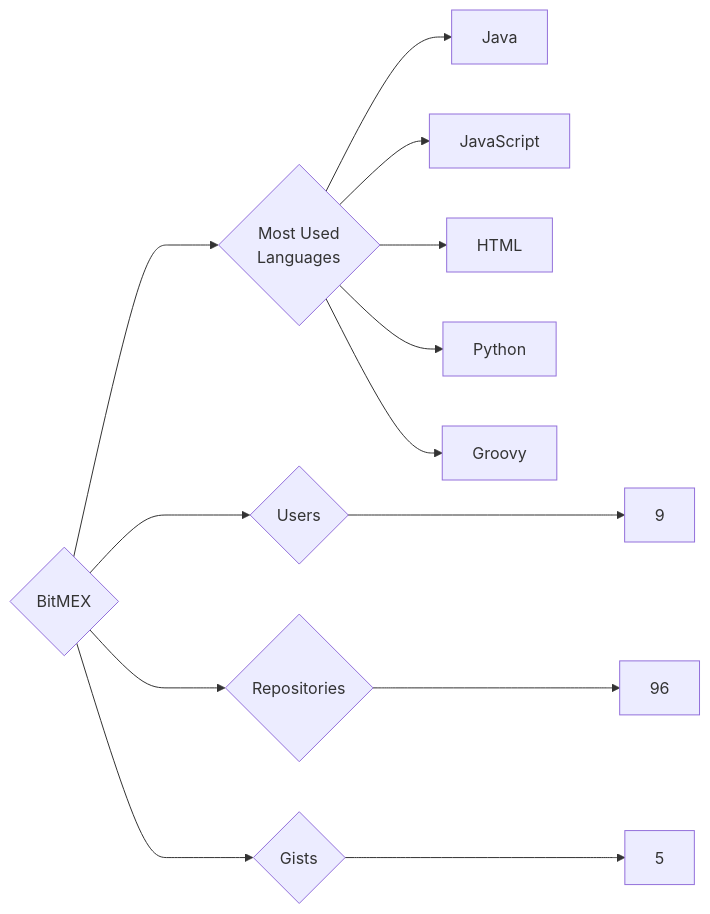
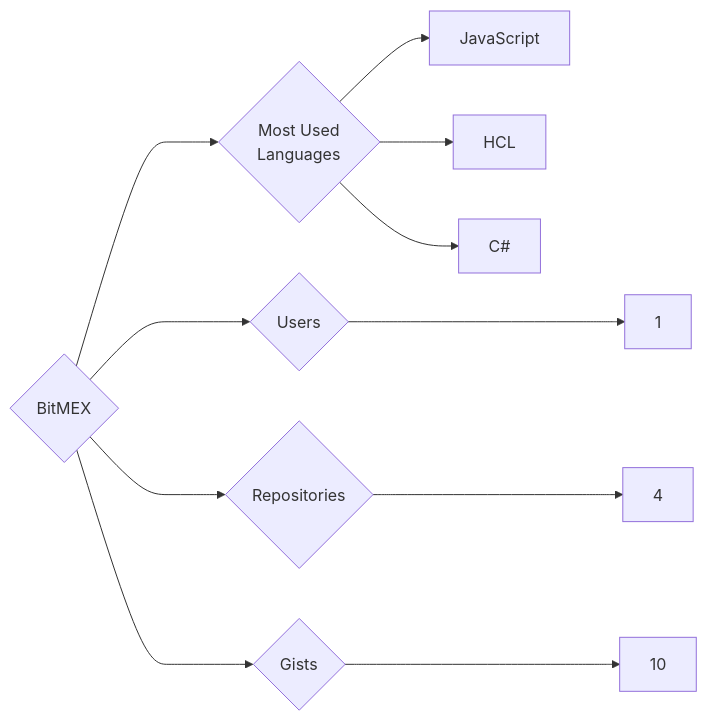
One commit to trickest/insiders changed the diagram in targets/BitMEX/README.md. Above: the diagram before and after it, drawn with Mermaid. The commit also changed 860 other files, not shown here.

````diff
--- a/targets/BitMEX/README.md
+++ b/targets/BitMEX/README.md
@@ -3,13 +3,11 @@
 ```mermaid
 graph LR
 COMPANY_NAME{BitMEX}
-COMPANY_NAME ---> U{Users} ---> UN[9]
-COMPANY_NAME ---> R{Repositories} ---> RN[96]
-COMPANY_NAME ---> G{Gists} ---> GN[5]
+COMPANY_NAME ---> U{Users} ---> UN[1]
+COMPANY_NAME ---> R{Repositories} ---> RN[4]
+COMPANY_NAME ---> G{Gists} ---> GN[10]
 COMPANY_NAME ---> ML{Most Used<br>Languages}
-ML --> Java[Java]
 ML --> JavaScript[JavaScript]
-ML --> HTML[HTML]
-ML --> Python[Python]
-ML --> Groovy[Groovy]
+ML --> HCL[HCL]
+ML --> C#[C#]
 ```
````
